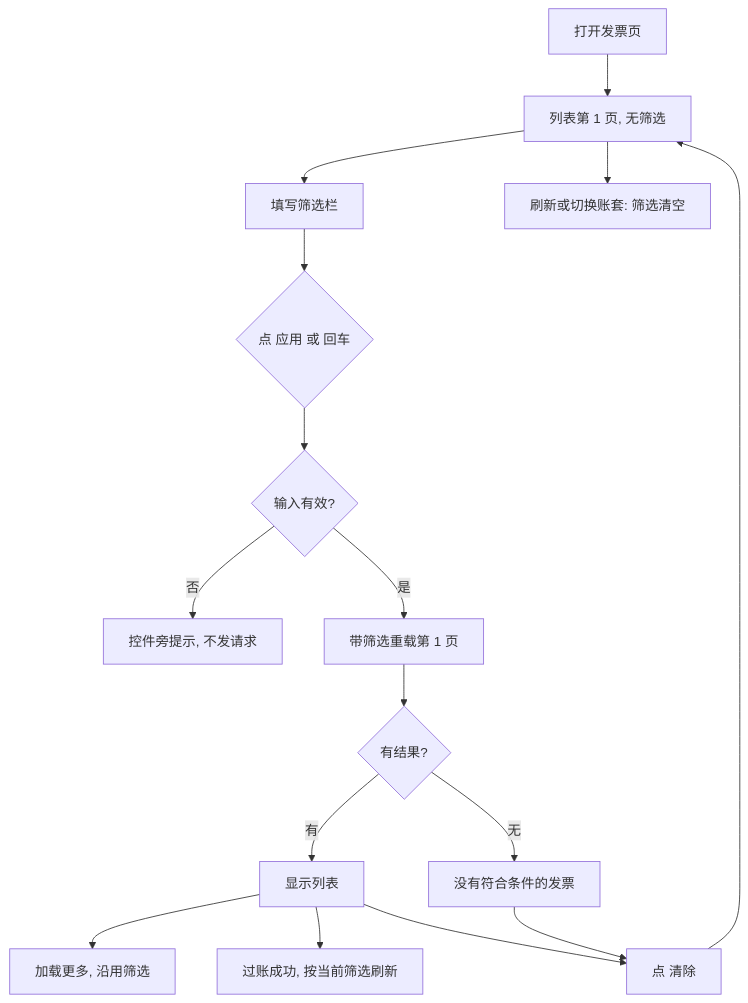
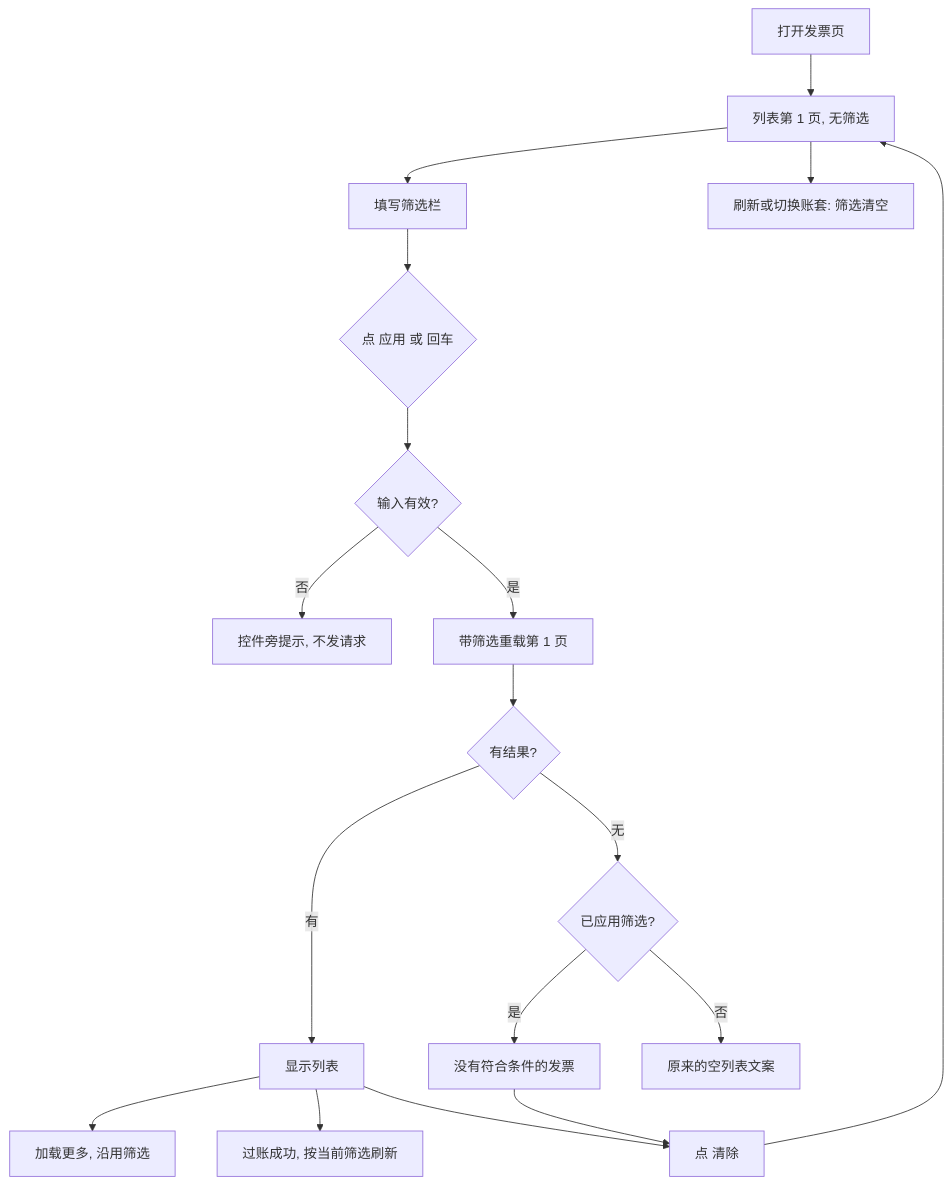
The first of 3 diagrams in docs/flows/invoice-list-filter-flow.md (lingshf/ai-native-erp), drawn with Mermaid before and after one commit. The commit also changed other lines of this file and 3 other files, not shown here.

````diff
--- a/docs/flows/invoice-list-filter-flow.md
+++ b/docs/flows/invoice-list-filter-flow.md
@@ -7,18 +7,20 @@
 ```mermaid
 flowchart TD
   A[打开发票页] --> B[列表第 1 页, 无筛选]
   B --> C[填写筛选栏]
   C --> D{点 应用 或 回车}
   D --> E{输入有效?}
   E -- 否 --> F[控件旁提示, 不发请求]
   E -- 是 --> G[带筛选重载第 1 页]
   G --> H{有结果?}
   H -- 有 --> I[显示列表]
-  H -- 无 --> J[没有符合条件的发票]
+  H -- 无 --> H2{已应用筛选?}
+  H2 -- 是 --> J[没有符合条件的发票]
+  H2 -- 否 --> H3[原来的空列表文案]
   I --> K[加载更多, 沿用筛选]
   I --> L[过账成功, 按当前筛选刷新]
   I --> M[点 清除]
   J --> M
   M --> B
   B --> N[刷新或切换账套: 筛选清空]
 ```
````
